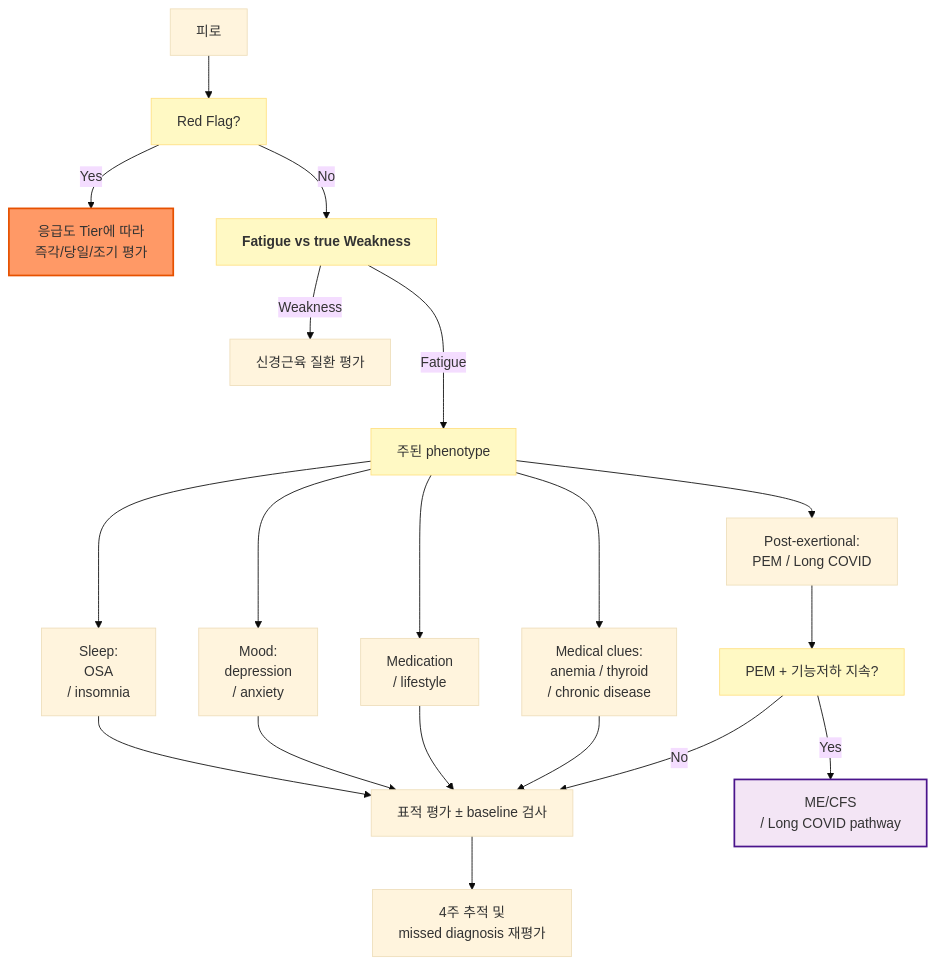
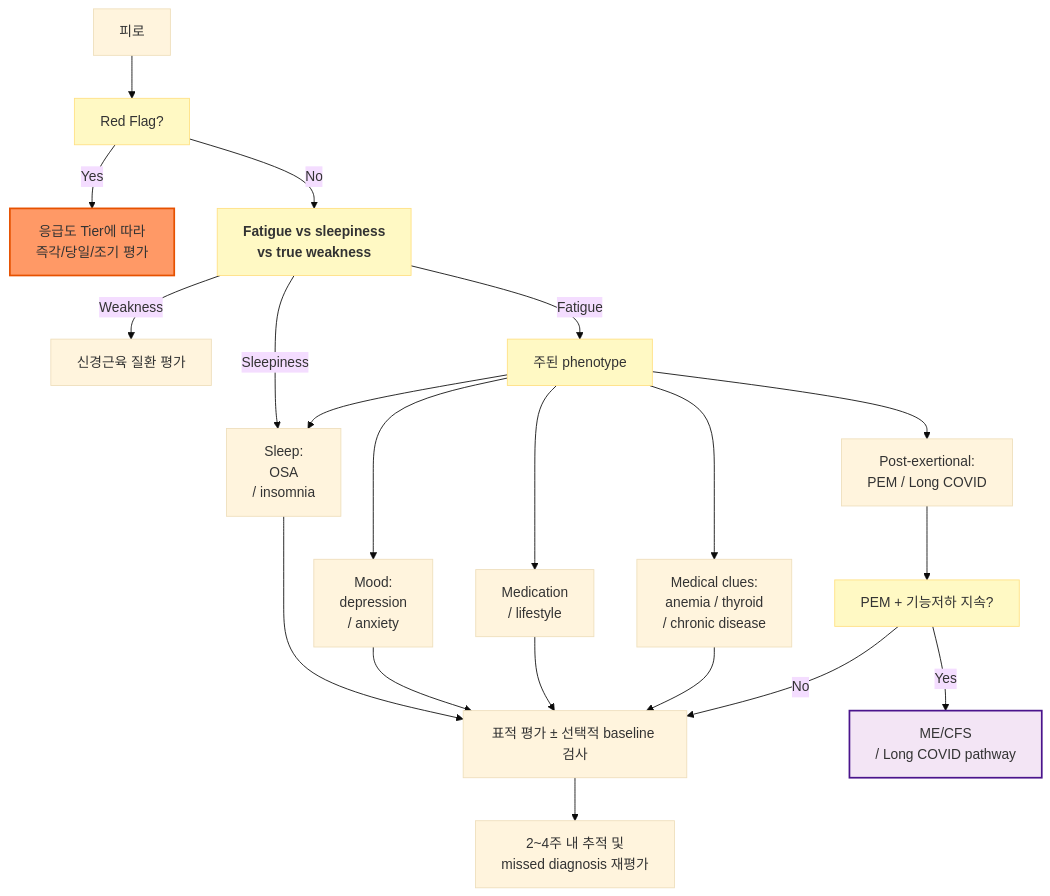
The diagram in 220_/014_-fatigue.md (familyoh77/familyoh77), drawn with Mermaid (base theme) before and after one commit. The commit also changed other lines of this file, not shown here.

````diff
--- a/220_/014_-fatigue.md
+++ b/220_/014_-fatigue.md
@@ -85,25 +88,26 @@
 ```mermaid
 flowchart TD
     A[피로] --> B[Red Flag?]
     B -->|Yes| C[응급도 Tier에 따라 <br/>즉각/당일/조기 평가]
-    B -->|No| D[<b>Fatigue vs true Weakness</b>]
+    B -->|No| D[<b>Fatigue vs sleepiness<br/>vs true weakness</b>]
     D -->|Weakness| E[신경근육 질환 평가]
-    D --->|Fatigue| F[주된 phenotype]
+    D -->|Sleepiness| G
+    D -->|Fatigue| F[주된 phenotype]
     F --> G[Sleep: <br/>OSA <br/>/ insomnia]
     F --> H[Mood: <br/>depression <br/>/ anxiety]
     F --> I[Medication <br/>/ lifestyle]
     F --> J[Medical clues: <br/>anemia / thyroid <br/>/ chronic disease]
     F --> K[Post-exertional: <br/>PEM / Long COVID]
-    G --> L[표적 평가 ± baseline 검사]
+    G --> L[표적 평가 ± 선택적 baseline 검사]
     H --> L
     I --> L
     J --> L
     K --> M[PEM + 기능저하 지속?]
     M -->|Yes| N[ME/CFS <br/>/ Long COVID pathway]
     M -->|No| L
-    L --> O[4주 추적 및 <br/>missed diagnosis 재평가]
+    L --> O[2~4주 내 추적 및 <br/>missed diagnosis 재평가]
     style C fill:#f96,stroke:#e65100,stroke-width:2px
     style N fill:#f3e5f5,stroke:#4a148c,stroke-width:2px
 classDef yellow fill:#fff9c4,stroke:#ffe082
 class B,D,F,M yellow
 ```
````
